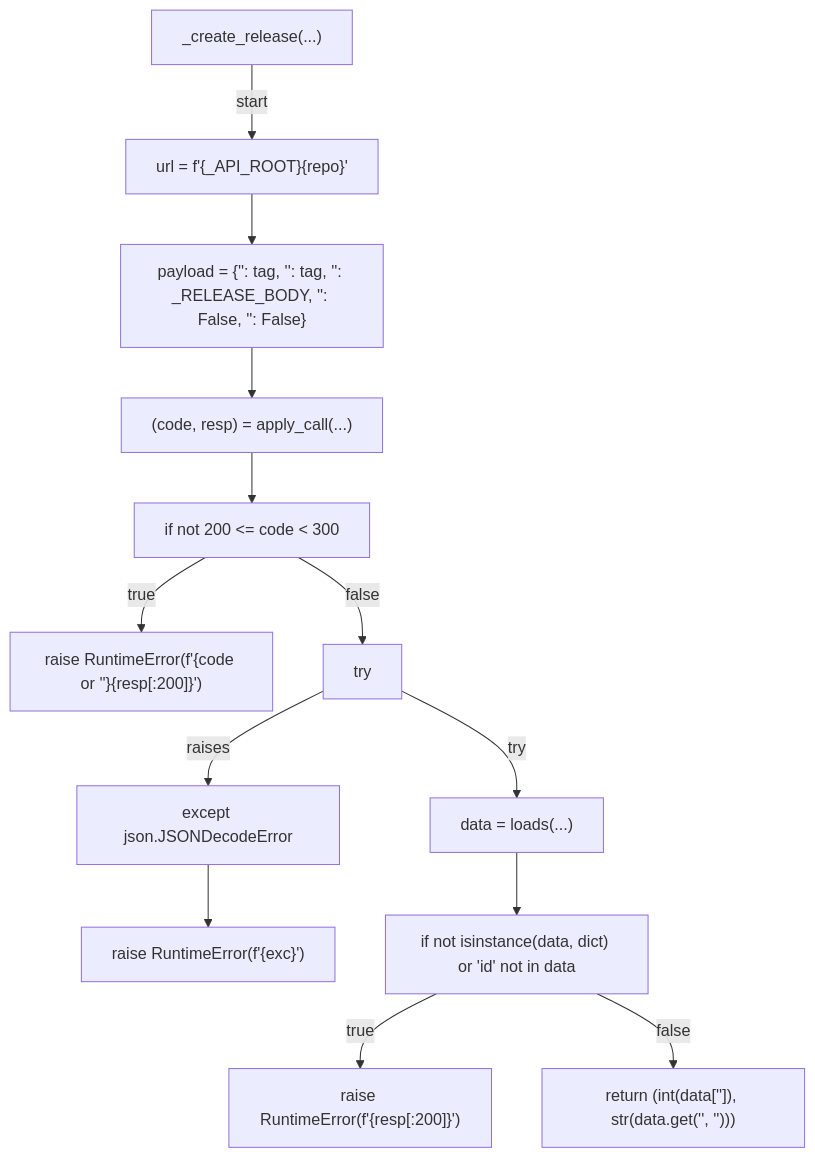
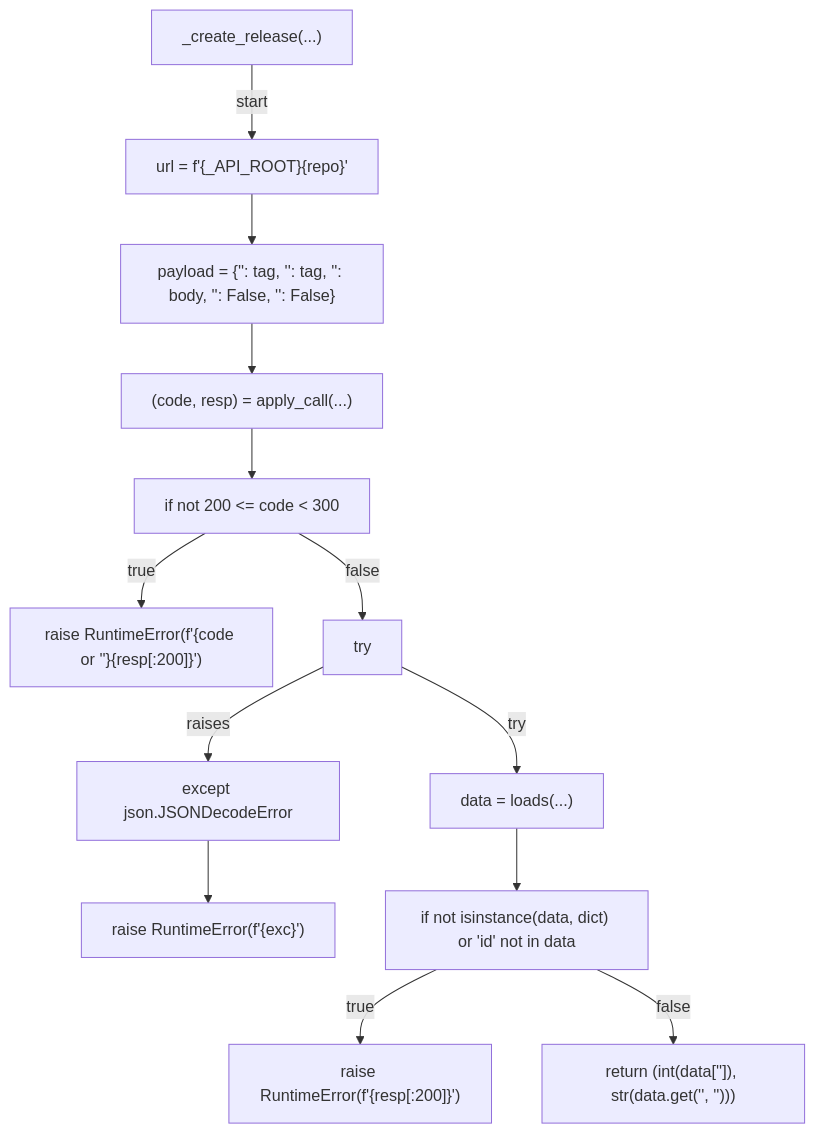
Before and after one commit to tvna/claude-md: the eighth of 11 diagrams in docs/generated/scripts/ast/publish_instruction_release.md, drawn with Mermaid. The commit also changed other lines of this file and 1 other file, not shown here.

First line of the commit message:
docs(generated): regenerate decision tree and workflow diagrams

````diff
--- a/docs/generated/scripts/ast/publish_instruction_release.md
+++ b/docs/generated/scripts/ast/publish_instruction_release.md
@@ -16,28 +118,28 @@
 ```mermaid
 flowchart TD
     N001["_create_release(...)"]
     N002["url = f'{_API_ROOT}<str>{repo}<str>'"]
-    N003["payload = {'<str>': tag, '<str>': tag, '<str>': _RELEASE_BODY, '<str>': False, '<str>': False}"]
+    N003["payload = {'<str>': tag, '<str>': tag, '<str>': body, '<str>': False, '<str>': False}"]
     N004["(code, resp) = apply_call(...)"]
     N005["if not 200 <= code < 300"]
     N006["raise RuntimeError(f'<str>{code or '<str>'}<str>{resp[:200]}')"]
     N007["try"]
     N008["data = loads(...)"]
     N009["except json.JSONDecodeError"]
     N010["raise RuntimeError(f'<str>{exc}')"]
     N011["if not isinstance(data, dict) or 'id' not in data"]
     N012["raise RuntimeError(f'<str>{resp[:200]}')"]
     N013["return (int(data['<str>']), str(data.get('<str>', '<str>')))"]
     N001 -->|"start"| N002
     N002 --> N003
     N003 --> N004
     N004 --> N005
     N005 -->|"true"| N006
     N005 -->|"false"| N007
     N007 -->|"try"| N008
     N007 -->|"raises"| N009
     N009 --> N010
     N008 --> N011
     N011 -->|"true"| N012
     N011 -->|"false"| N013
 ```
````
